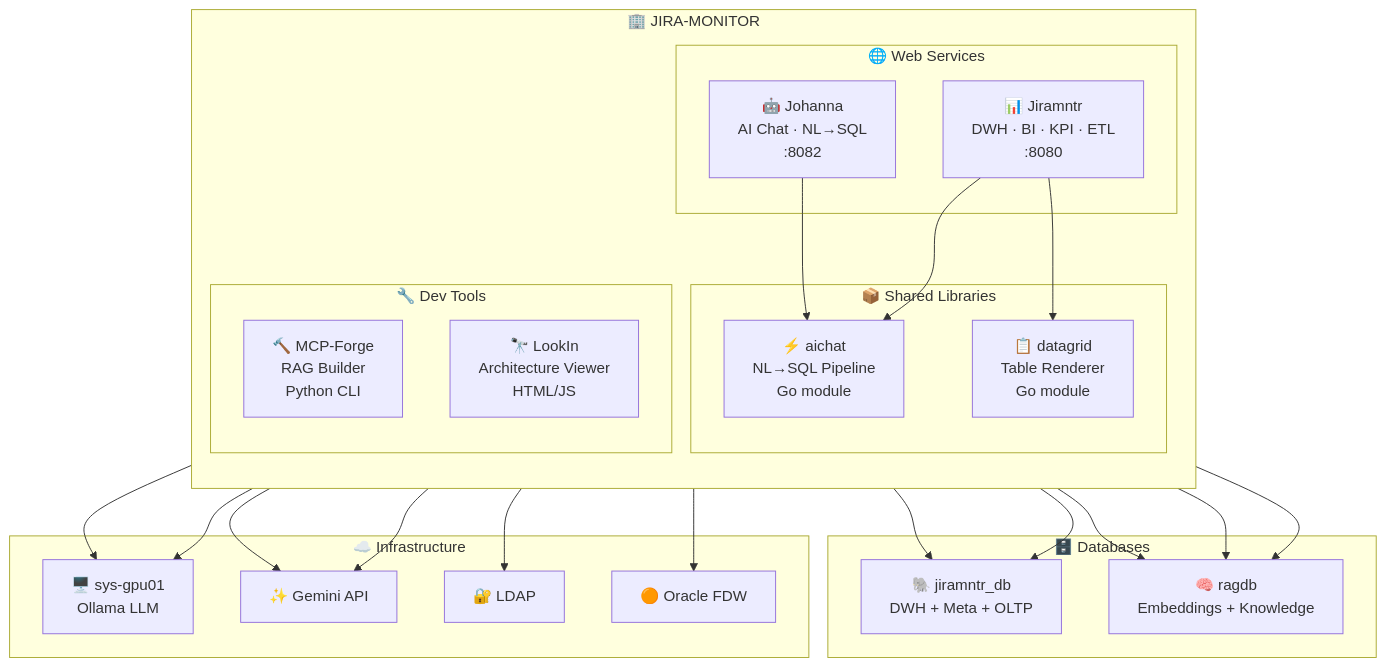
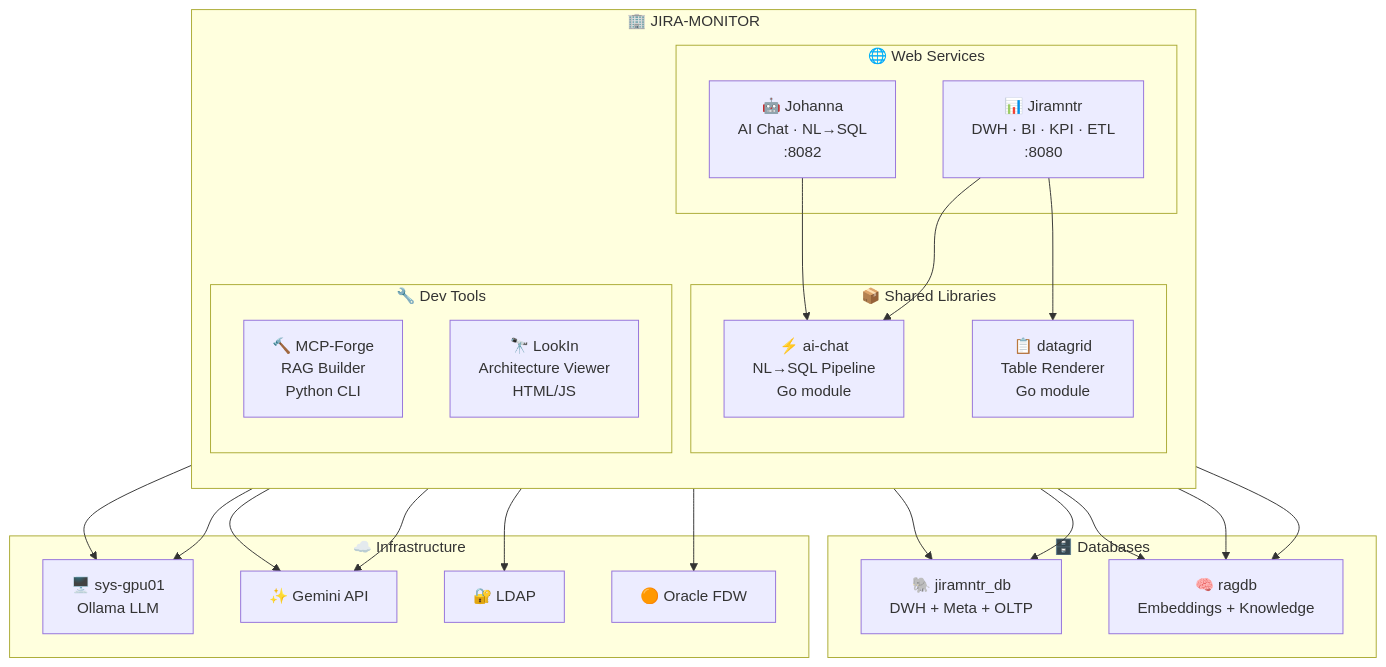
One commit to gnemet/lookin changed the diagram in layers/jira-monitor/enterprise.mmd. Above: the diagram before and after it, drawn with Mermaid. The commit also changed 29 other files, not shown here.

```diff
--- a/layers/jira-monitor/enterprise.mmd
+++ b/layers/jira-monitor/enterprise.mmd
@@ -1,46 +1,46 @@
 graph TB
     subgraph PLATFORM["🏢 JIRA-MONITOR"]
         direction TB
 
         subgraph SERVICES["🌐 Web Services"]
             JM["📊 Jiramntr<br/>DWH · BI · KPI · ETL<br/>:8080"]
             JO["🤖 Johanna<br/>AI Chat · NL→SQL<br/>:8082"]
         end
 
         subgraph LIBRARIES["📦 Shared Libraries"]
-            AIC["⚡ aichat<br/>NL→SQL Pipeline<br/>Go module"]
+            AIC["⚡ ai-chat<br/>NL→SQL Pipeline<br/>Go module"]
             DG["📋 datagrid<br/>Table Renderer<br/>Go module"]
         end
 
         subgraph TOOLS["🔧 Dev Tools"]
             MF["🔨 MCP-Forge<br/>RAG Builder<br/>Python CLI"]
             LK["🔭 LookIn<br/>Architecture Viewer<br/>HTML/JS"]
         end
     end
 
     subgraph DATA["🗄️ Databases"]
         DB1["🐘 jiramntr_db<br/>DWH + Meta + OLTP"]
         DB2["🧠 ragdb<br/>Embeddings + Knowledge"]
     end
 
     subgraph INFRA["☁️ Infrastructure"]
         GPU["🖥️ sys-gpu01<br/>Ollama LLM"]
         GEMINI["✨ Gemini API"]
         LDAP["🔐 LDAP"]
         ORACLE["🟠 Oracle FDW"]
     end
 
     JM --> AIC
     JM --> DG
     JO --> AIC
     JM --> DB1
     JM --> DB2
     JO --> DB1
     JO --> DB2
     MF --> DB2
     JM --> GPU
     JO --> GPU
     JM --> GEMINI
     JO --> GEMINI
     JM --> LDAP
     JM --> ORACLE
```
